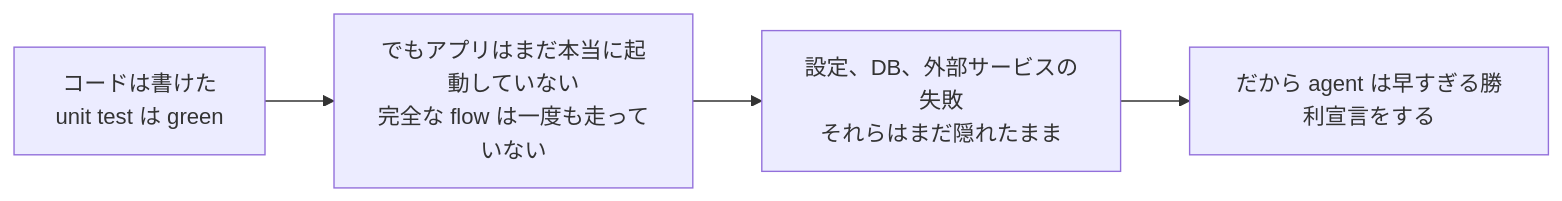
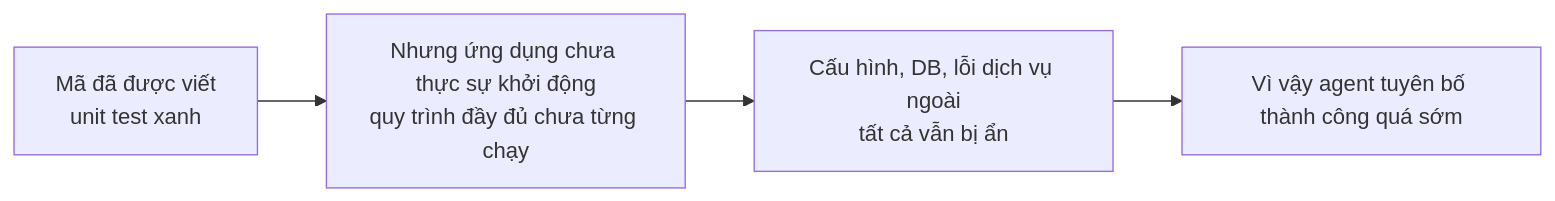
The second of 2 diagrams in docs/vi/lectures/lecture-09-why-agents-declare-victory-too-early/index.md (mkusaka/learn-harness-engineering), drawn with Mermaid before and after one commit. The commit also changed other lines of this file and 684 other files, not shown here.

````diff
--- a/docs/vi/lectures/lecture-09-why-agents-declare-victory-too-early/index.md
+++ b/docs/vi/lectures/lecture-09-why-agents-declare-victory-too-early/index.md
@@ -30,6 +30,6 @@
 ```mermaid
 flowchart LR
-    A["コードは書けた<br/>unit test は green"] --> B["でもアプリはまだ本当に起動していない<br/>完全な flow は一度も走っていない"]
-    B --> C["設定、DB、外部サービスの失敗<br/>それらはまだ隠れたまま"]
-    C --> D["だから agent は早すぎる勝利宣言をする"]
+    A["Mã đã được viết<br/>unit test xanh"] --> B["Nhưng ứng dụng chưa thực sự khởi động<br/>quy trình đầy đủ chưa từng chạy"]
+    B --> C["Cấu hình, DB, lỗi dịch vụ ngoài<br/>tất cả vẫn bị ẩn"]
+    C --> D["Vì vậy agent tuyên bố thành công quá sớm"]
 ```
````
